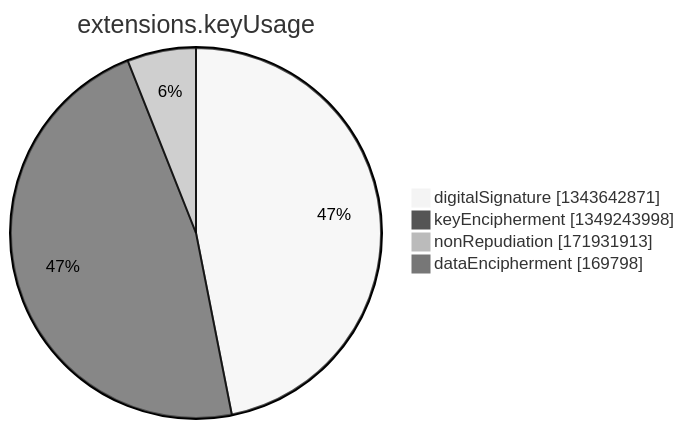
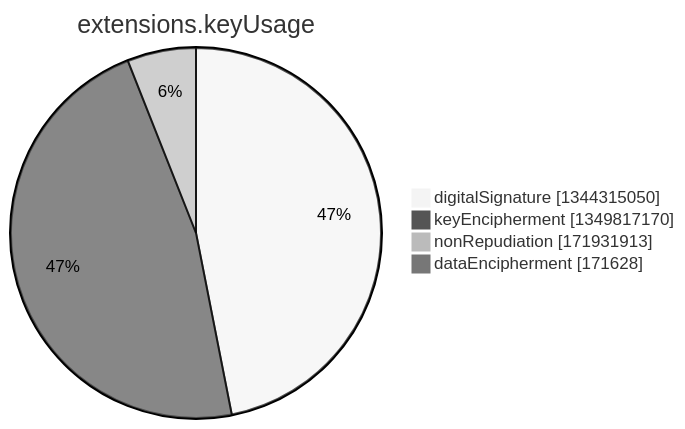
The seventh of 15 diagrams in argon2022/README.md (christiankrug/ctmonitor_visualization), drawn with Mermaid (neutral theme) before and after one commit. The commit also changed other lines of this file, not shown here.

````diff
--- a/argon2022/README.md
+++ b/argon2022/README.md
@@ -2750,8 +2750,8 @@
 ```mermaid
 pie showData
 title extensions.keyUsage
-"digitalSignature" :1343642871
-"keyEncipherment" :1349243998
+"digitalSignature" :1344315050
+"keyEncipherment" :1349817170
 "nonRepudiation" :171931913
-"dataEncipherment" :169798
+"dataEncipherment" :171628
 ```
````
